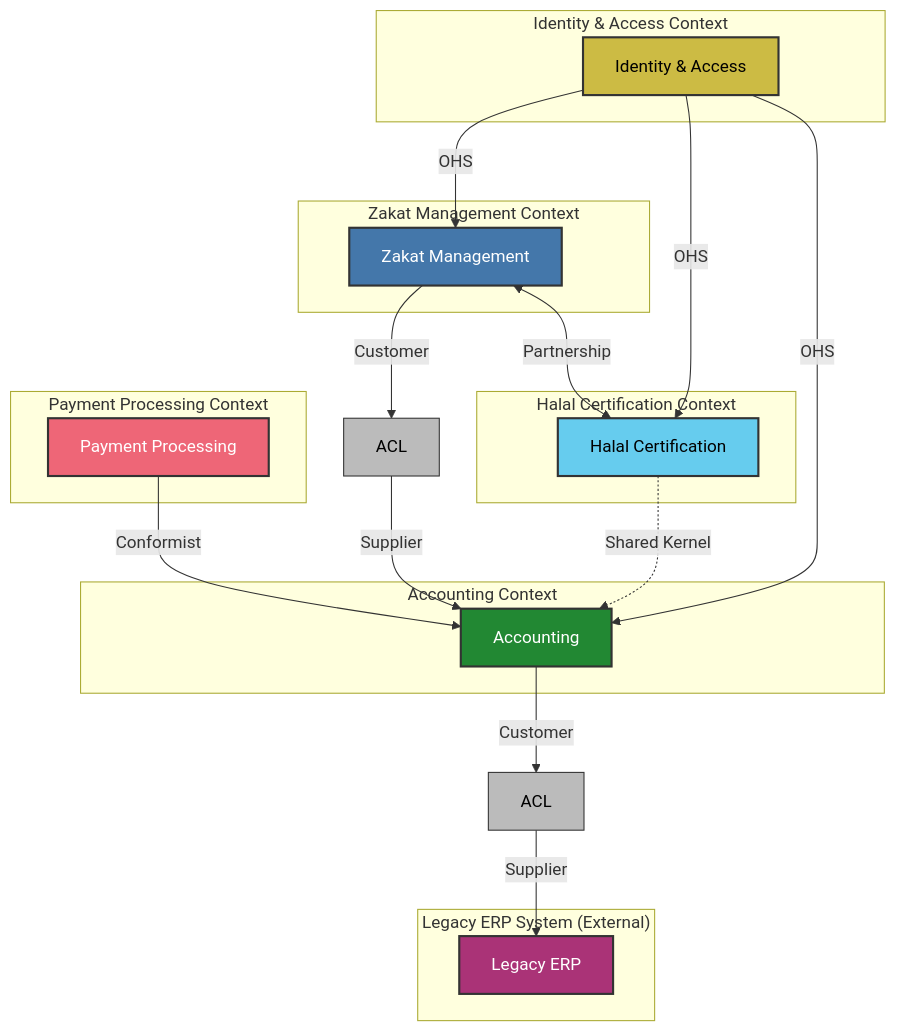
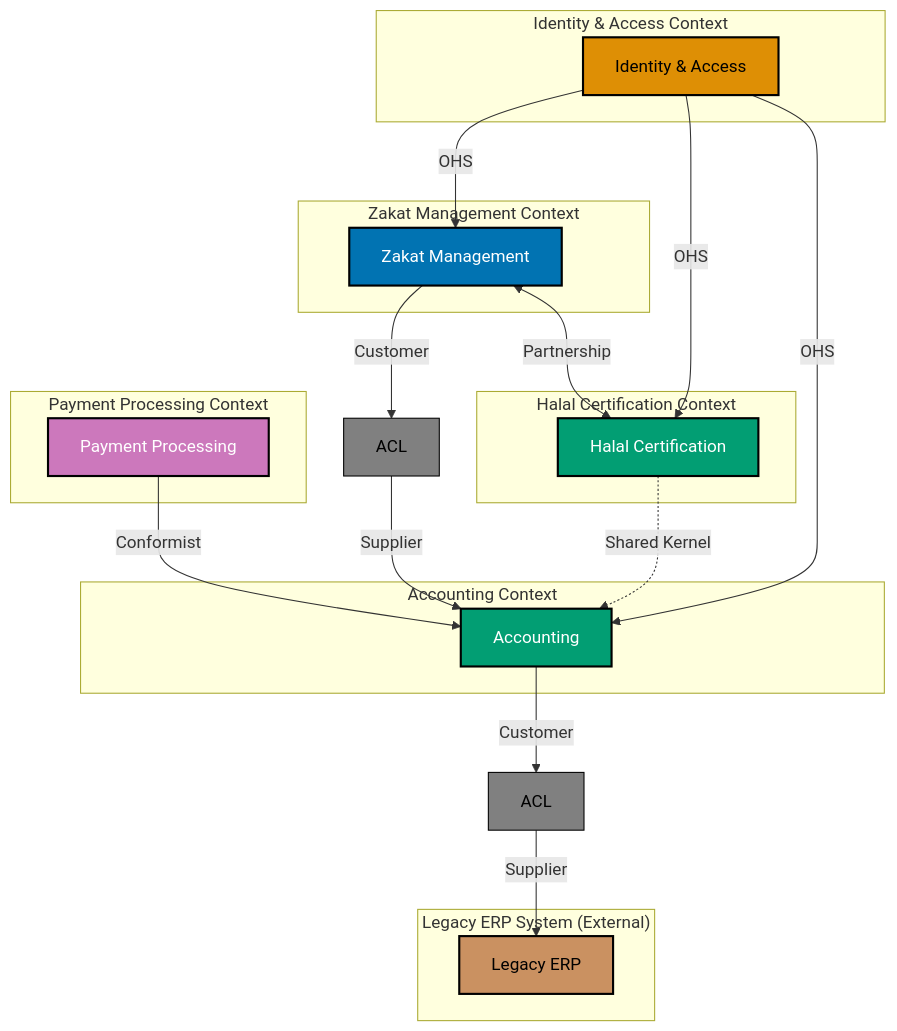
The first of 12 diagrams in docs/explanation/software-design/domain-driven-design-ddd/templates/ex-sode-dodrdedd-te__context-map-diagram.md (wahidyankf/open-sharia-enterprise), drawn with Mermaid before and after one commit. The commit also changed other lines of this file and 35 other files, not shown here.

````diff
--- a/docs/explanation/software-design/domain-driven-design-ddd/templates/ex-sode-dodrdedd-te__context-map-diagram.md
+++ b/docs/explanation/software-design/domain-driven-design-ddd/templates/ex-sode-dodrdedd-te__context-map-diagram.md
@@ -15,59 +15,59 @@
 ```mermaid
 graph TB
     subgraph "Zakat Management Context"
         ZM[Zakat Management]
     end
 
     subgraph "Halal Certification Context"
         HC[Halal Certification]
     end
 
     subgraph "Accounting Context"
         AC[Accounting]
     end
 
     subgraph "Identity & Access Context"
         IAM[Identity & Access]
     end
 
     subgraph "Payment Processing Context"
         PP[Payment Processing]
     end
 
     subgraph "Legacy ERP System (External)"
         ERP[Legacy ERP]
     end
 
     %% Customer-Supplier with ACL
     ZM -->|Customer| ACL1[ACL]
     ACL1 -->|Supplier| AC
 
     %% Partnership
     ZM <-->|Partnership| HC
 
     %% Open Host Service
     IAM -->|OHS| ZM
     IAM -->|OHS| HC
     IAM -->|OHS| AC
 
     %% Conformist
     PP -->|Conformist| AC
 
     %% Anticorruption Layer for Legacy
     AC -->|Customer| ACL2[ACL]
     ACL2 -->|Supplier| ERP
 
     %% Shared Kernel (use sparingly)
     HC -.->|Shared Kernel| AC
 
-    style ZM fill:#4477AA,stroke:#333,stroke-width:2px,color:#FFFFFF
-    style HC fill:#66CCEE,stroke:#333,stroke-width:2px,color:#000000
-    style AC fill:#228833,stroke:#333,stroke-width:2px,color:#FFFFFF
-    style IAM fill:#CCBB44,stroke:#333,stroke-width:2px,color:#000000
-    style PP fill:#EE6677,stroke:#333,stroke-width:2px,color:#FFFFFF
-    style ERP fill:#AA3377,stroke:#333,stroke-width:2px,color:#FFFFFF
-    style ACL1 fill:#BBBBBB,stroke:#333,stroke-width:1px,color:#000000
-    style ACL2 fill:#BBBBBB,stroke:#333,stroke-width:1px,color:#000000
+    style ZM fill:#0173B2,stroke:#000000,stroke-width:2px,color:#FFFFFF
+    style HC fill:#029E73,stroke:#000000,stroke-width:2px,color:#FFFFFF
+    style AC fill:#029E73,stroke:#000000,stroke-width:2px,color:#FFFFFF
+    style IAM fill:#DE8F05,stroke:#000000,stroke-width:2px,color:#000000
+    style PP fill:#CC78BC,stroke:#000000,stroke-width:2px,color:#FFFFFF
+    style ERP fill:#CA9161,stroke:#000000,stroke-width:2px,color:#000000
+    style ACL1 fill:#808080,stroke:#000000,stroke-width:1px,color:#000000
+    style ACL2 fill:#808080,stroke:#000000,stroke-width:1px,color:#000000
 
     classDef default fill:#E8E8E8,stroke:#333,stroke-width:1px,color:#000000
 ```
````
